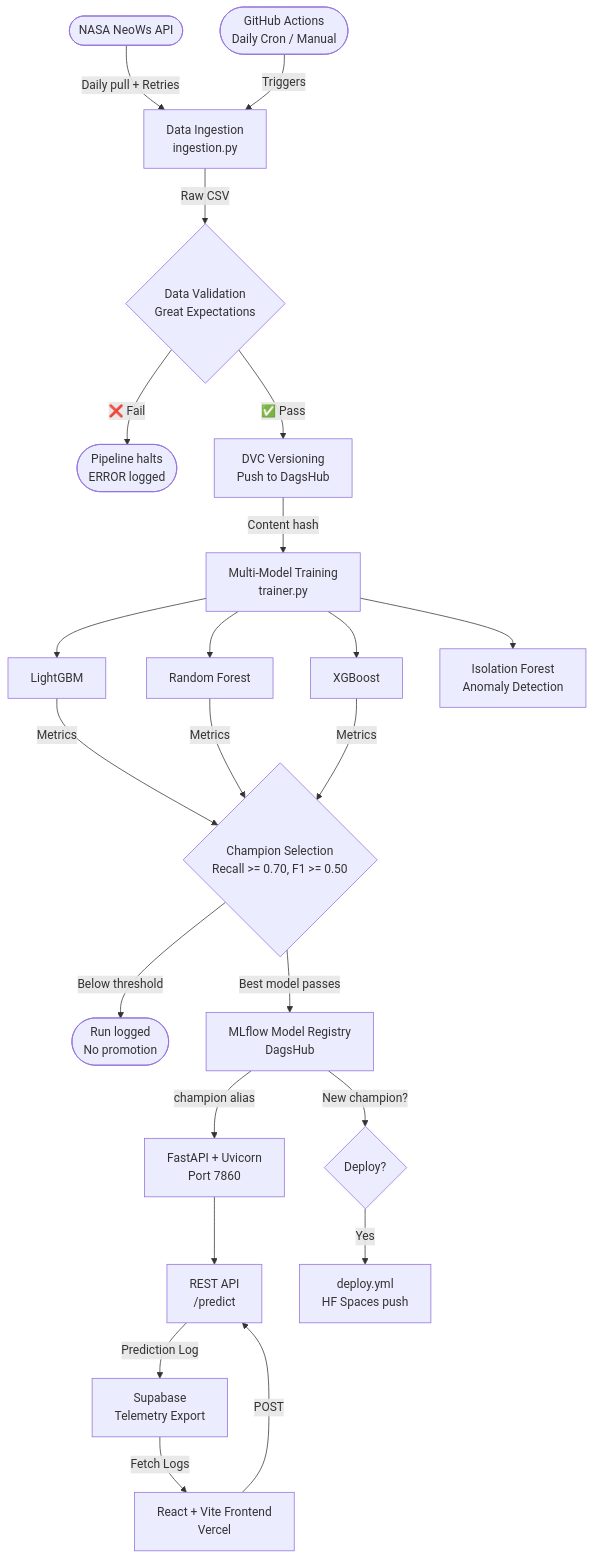
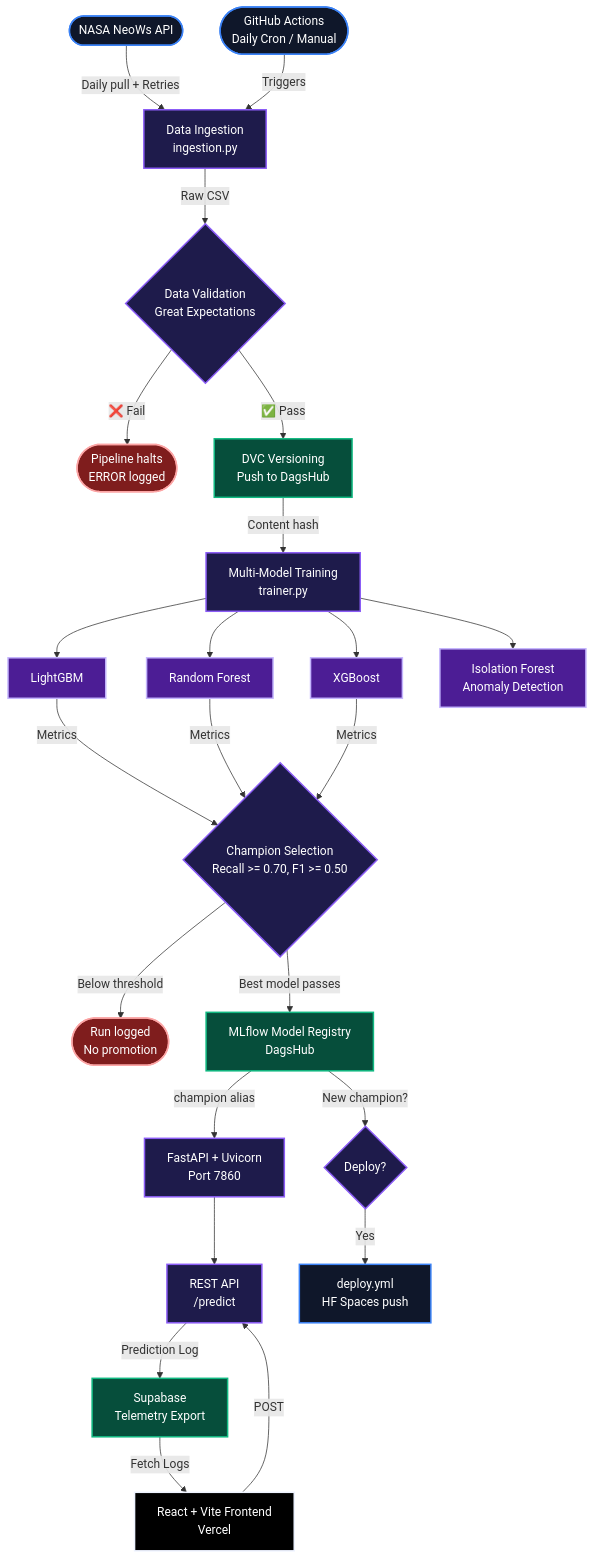
One commit to Govinthan-KS/NEO-Sentinel-Autonomous-Asteroid-Hazard-Classification-System changed the diagram in README.md. Above: the diagram before and after it, drawn with Mermaid.

Commit message:
docs: style mermaid architecture diagram with custom colors

````diff
--- a/README.md
+++ b/README.md
@@ -48,29 +48,37 @@
 ```mermaid
 flowchart TD
-    A([NASA NeoWs API]) -->|Daily pull + Retries| B[Data Ingestion\ningestion.py]
-    B -->|Raw CSV| C{Data Validation\nGreat Expectations}
-    C -->|❌ Fail| D([Pipeline halts\nERROR logged])
-    C -->|✅ Pass| E[DVC Versioning\nPush to DagsHub]
-    E -->|Content hash| F[Multi-Model Training\ntrainer.py]
+    %% Styling Classes
+    classDef external fill:#0f172a,stroke:#3b82f6,stroke-width:2px,color:#fff
+    classDef process fill:#1e1b4b,stroke:#8b5cf6,stroke-width:2px,color:#fff
+    classDef storage fill:#064e3b,stroke:#10b981,stroke-width:2px,color:#fff
+    classDef model fill:#4c1d95,stroke:#c4b5fd,stroke-width:2px,color:#fff
+    classDef error fill:#7f1d1d,stroke:#fca5a5,stroke-width:2px,color:#fff
+    classDef frontend fill:#000000,stroke:#eef3ff,stroke-width:2px,color:#fff
 
-    F --> G[LightGBM]
-    F --> H[Random Forest]
-    F --> I[XGBoost]
-    F --> I2[Isolation Forest\nAnomaly Detection]
+    A([NASA NeoWs API]):::external -->|Daily pull + Retries| B[Data Ingestion\ningestion.py]:::process
+    B -->|Raw CSV| C{Data Validation\nGreat Expectations}:::process
+    C -->|❌ Fail| D([Pipeline halts\nERROR logged]):::error
+    C -->|✅ Pass| E[DVC Versioning\nPush to DagsHub]:::storage
+    E -->|Content hash| F[Multi-Model Training\ntrainer.py]:::process
 
-    G & H & I -->|Metrics| J{Champion Selection\nRecall >= 0.70, F1 >= 0.50}
-    J -->|Below threshold| K([Run logged\nNo promotion])
-    J -->|Best model passes| L[MLflow Model Registry\nDagsHub]
+    F --> G[LightGBM]:::model
+    F --> H[Random Forest]:::model
+    F --> I[XGBoost]:::model
+    F --> I2[Isolation Forest\nAnomaly Detection]:::model
 
-    L -->|champion alias| M[FastAPI + Uvicorn\nPort 7860]
-    M --> O[REST API\n/predict]
+    G & H & I -->|Metrics| J{Champion Selection\nRecall >= 0.70, F1 >= 0.50}:::process
+    J -->|Below threshold| K([Run logged\nNo promotion]):::error
+    J -->|Best model passes| L[MLflow Model Registry\nDagsHub]:::storage
+
+    L -->|champion alias| M[FastAPI + Uvicorn\nPort 7860]:::process
+    M --> O[REST API\n/predict]:::process
     
-    O -->|Prediction Log| T[Supabase\nTelemetry Export]
+    O -->|Prediction Log| T[Supabase\nTelemetry Export]:::storage
     
-    U[React + Vite Frontend\nVercel] -->|POST| O
+    U[React + Vite Frontend\nVercel]:::frontend -->|POST| O
     T -->|Fetch Logs| U
 
-    Q([GitHub Actions\nDaily Cron / Manual]) -->|Triggers| B
-    L -->|New champion?| R{Deploy?}
-    R -->|Yes| S[deploy.yml\nHF Spaces push]
+    Q([GitHub Actions\nDaily Cron / Manual]):::external -->|Triggers| B
+    L -->|New champion?| R{Deploy?}:::process
+    R -->|Yes| S[deploy.yml\nHF Spaces push]:::external
 ```
````
